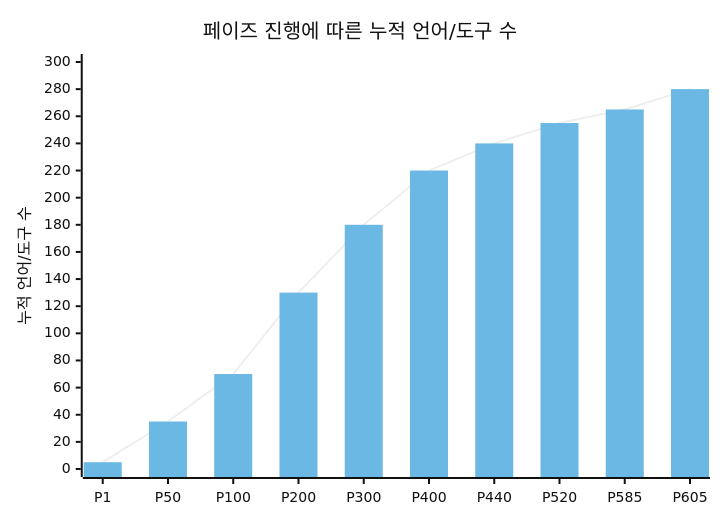
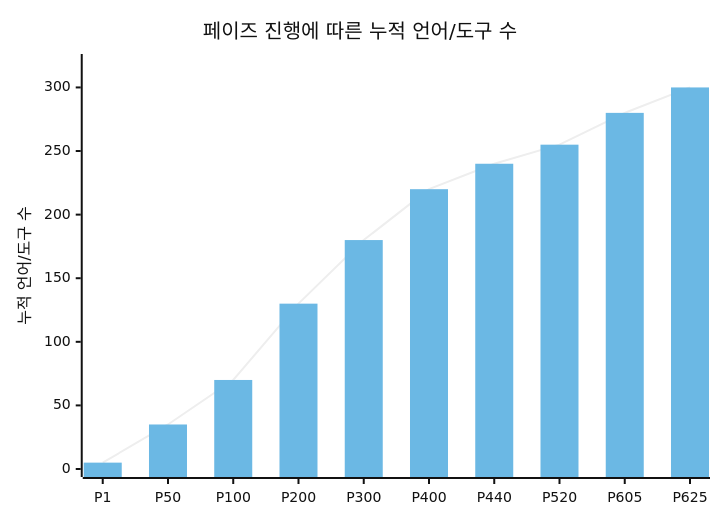
Diagram 21 of 27 in README.md (sun475300-sudo/Swarm-control-in-sc2bot), drawn with Mermaid (neutral theme) before and after one commit. The commit also changed other lines of this file and 39 other files, not shown here.

````diff
--- a/README.md
+++ b/README.md
@@ -972,8 +978,8 @@
 ```mermaid
 xychart-beta
     title "페이즈 진행에 따른 누적 언어/도구 수"
-    x-axis ["P1", "P50", "P100", "P200", "P300", "P400", "P440", "P520", "P585", "P605"]
-    y-axis "누적 언어/도구 수" 0 --> 300
-    line [5, 35, 70, 130, 180, 220, 240, 255, 265, 280]
-    bar [5, 35, 70, 130, 180, 220, 240, 255, 265, 280]
+    x-axis ["P1", "P50", "P100", "P200", "P300", "P400", "P440", "P520", "P605", "P625"]
+    y-axis "누적 언어/도구 수" 0 --> 320
+    line [5, 35, 70, 130, 180, 220, 240, 255, 280, 300]
+    bar [5, 35, 70, 130, 180, 220, 240, 255, 280, 300]
 ```
````
